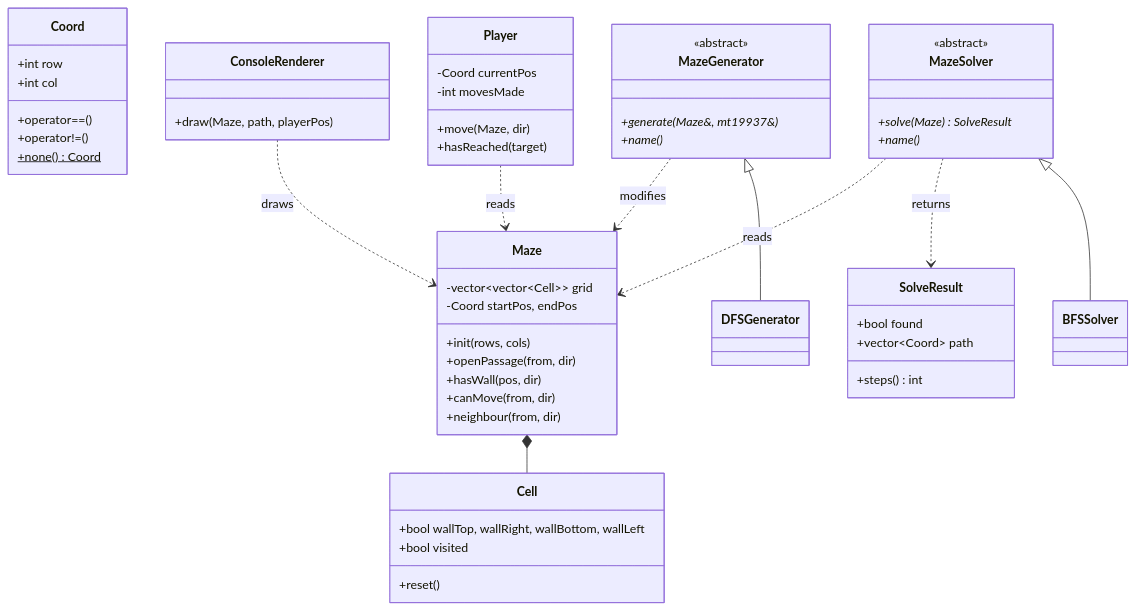
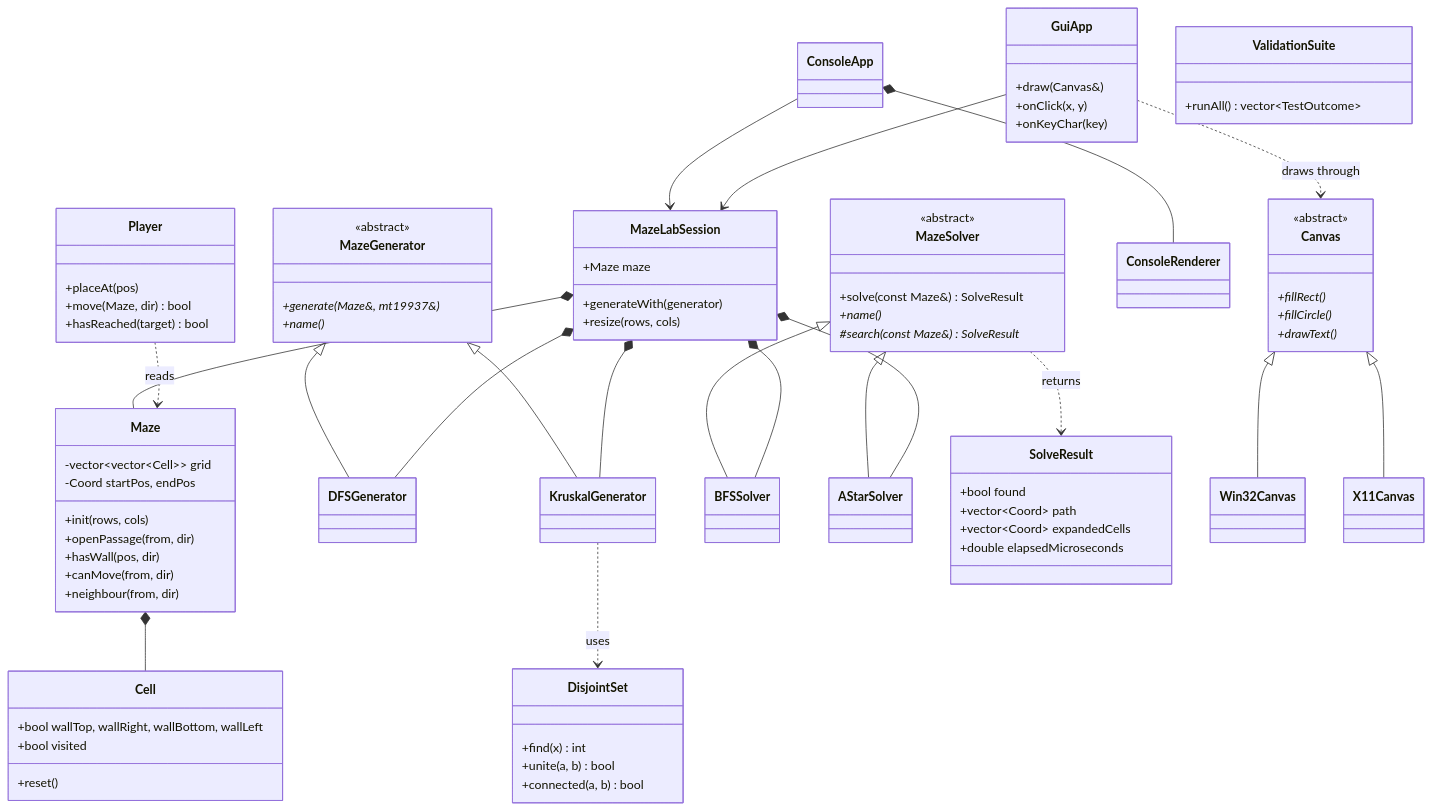
Before and after one commit to Tanmay-git65/III-SEM-PBL: the diagram in README.md, drawn with Mermaid. The commit also changed other lines of this file and 5 other files, not shown here.

````diff
--- a/README.md
+++ b/README.md
@@ -190,17 +324,5 @@
 ```mermaid
 classDiagram
-    class Coord {
-        +int row
-        +int col
-        +operator==()
-        +operator!=()
-        +none()$ Coord
-    }
-    class Cell {
-        +bool wallTop, wallRight, wallBottom, wallLeft
-        +bool visited
-        +reset()
-    }
     class Maze {
         -vector~vector~Cell~~ grid
         -Coord startPos, endPos
@@ -210,39 +332,83 @@
         +canMove(from, dir)
         +neighbour(from, dir)
     }
+    class Cell {
+        +bool wallTop, wallRight, wallBottom, wallLeft
+        +bool visited
+        +reset()
+    }
     class MazeGenerator {
         <<abstract>>
         +generate(Maze&, mt19937&)*
         +name()*
     }
     class DFSGenerator
+    class KruskalGenerator
+    class DisjointSet {
+        +find(x) int
+        +unite(a, b) bool
+        +connected(a, b) bool
+    }
     class MazeSolver {
         <<abstract>>
-        +solve(Maze)* SolveResult
+        +solve(const Maze&) SolveResult
         +name()*
+        #search(const Maze&)* SolveResult
     }
     class BFSSolver
+    class AStarSolver
     class SolveResult {
         +bool found
         +vector~Coord~ path
-        +steps() int
+        +vector~Coord~ expandedCells
+        +double elapsedMicroseconds
     }
     class Player {
-        -Coord currentPos
-        -int movesMade
-        +move(Maze, dir)
-        +hasReached(target)
+        +placeAt(pos)
+        +move(Maze, dir) bool
+        +hasReached(target) bool
     }
-    class ConsoleRenderer {
-        +draw(Maze, path, playerPos)
+    class MazeLabSession {
+        +Maze maze
+        +generateWith(generator)
+        +resize(rows, cols)
+    }
+    class ConsoleApp
+    class ConsoleRenderer
+    class GuiApp {
+        +draw(Canvas&)
+        +onClick(x, y)
+        +onKeyChar(key)
+    }
+    class Canvas {
+        <<abstract>>
+        +fillRect()*
+        +fillCircle()*
+        +drawText()*
+    }
+    class Win32Canvas
+    class X11Canvas
+    class ValidationSuite {
+        +runAll() vector~TestOutcome~
     }
 
+    Maze *-- Cell
     MazeGenerator <|-- DFSGenerator
+    MazeGenerator <|-- KruskalGenerator
+    KruskalGenerator ..> DisjointSet : uses
     MazeSolver <|-- BFSSolver
-    Maze *-- Cell
+    MazeSolver <|-- AStarSolver
     MazeSolver ..> SolveResult : returns
-    MazeGenerator ..> Maze : modifies
-    MazeSolver ..> Maze : reads
+    MazeLabSession *-- Maze
+    MazeLabSession *-- DFSGenerator
+    MazeLabSession *-- KruskalGenerator
+    MazeLabSession *-- BFSSolver
+    MazeLabSession *-- AStarSolver
+    ConsoleApp --> MazeLabSession
+    ConsoleApp *-- ConsoleRenderer
+    GuiApp --> MazeLabSession
+    GuiApp ..> Canvas : draws through
+    Canvas <|-- Win32Canvas
+    Canvas <|-- X11Canvas
     Player ..> Maze : reads
-    ConsoleRenderer ..> Maze : draws
 ```
````
